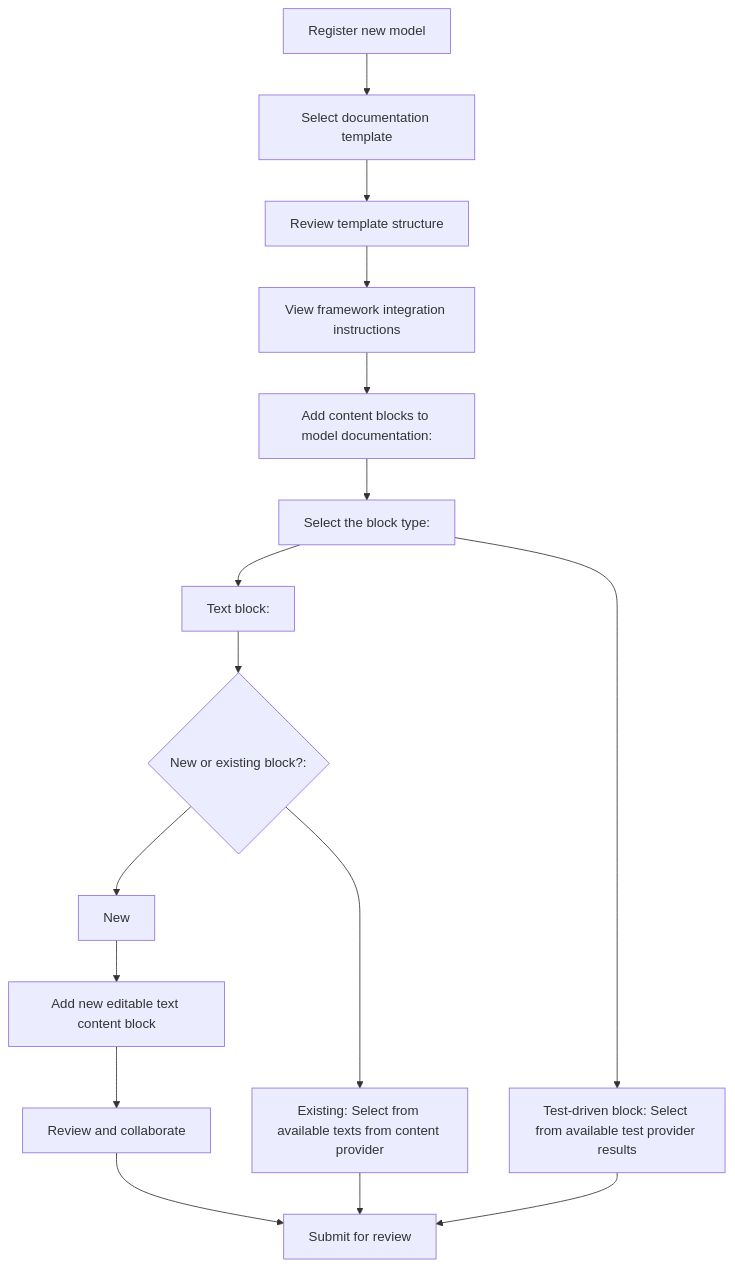
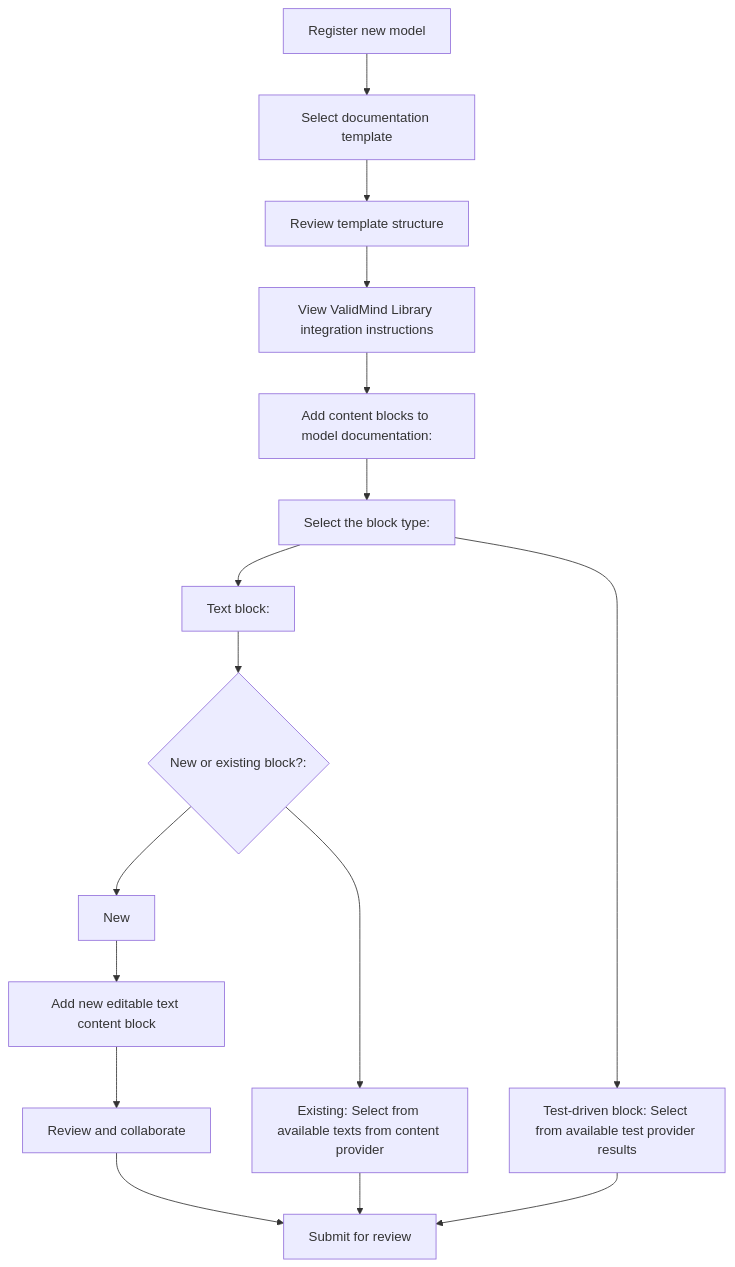
The third of 3 diagrams in internal/templates/mermaid-diagrams.qmd (validmind/documentation), drawn with Mermaid before and after one commit. The commit also changed 12 other files, not shown here.

````diff
--- a/internal/templates/mermaid-diagrams.qmd
+++ b/internal/templates/mermaid-diagrams.qmd
@@ -33,18 +33,18 @@
 ```{mermaid}
 graph TB
     A[Register new model] --> B[Select documentation template]
     B --> C[Review template structure]
-    C --> D[View framework integration instructions]
+    C --> D[View ValidMind Library integration instructions]
     D --> E[Add content blocks to model documentation:]
     E --> F[Select the block type:]
     F --> G[Test-driven block: Select from available test provider results]
     F --> H[Text block:]
     H --> I{New or existing block?:}
     I --> J[New]
     J --> K[Add new editable text content block]
     K --> L[Review and collaborate]
     I --> M[Existing: Select from available texts from content provider]
     L --> N[Submit for review]
     M --> N
     G --> N
 ```
````
